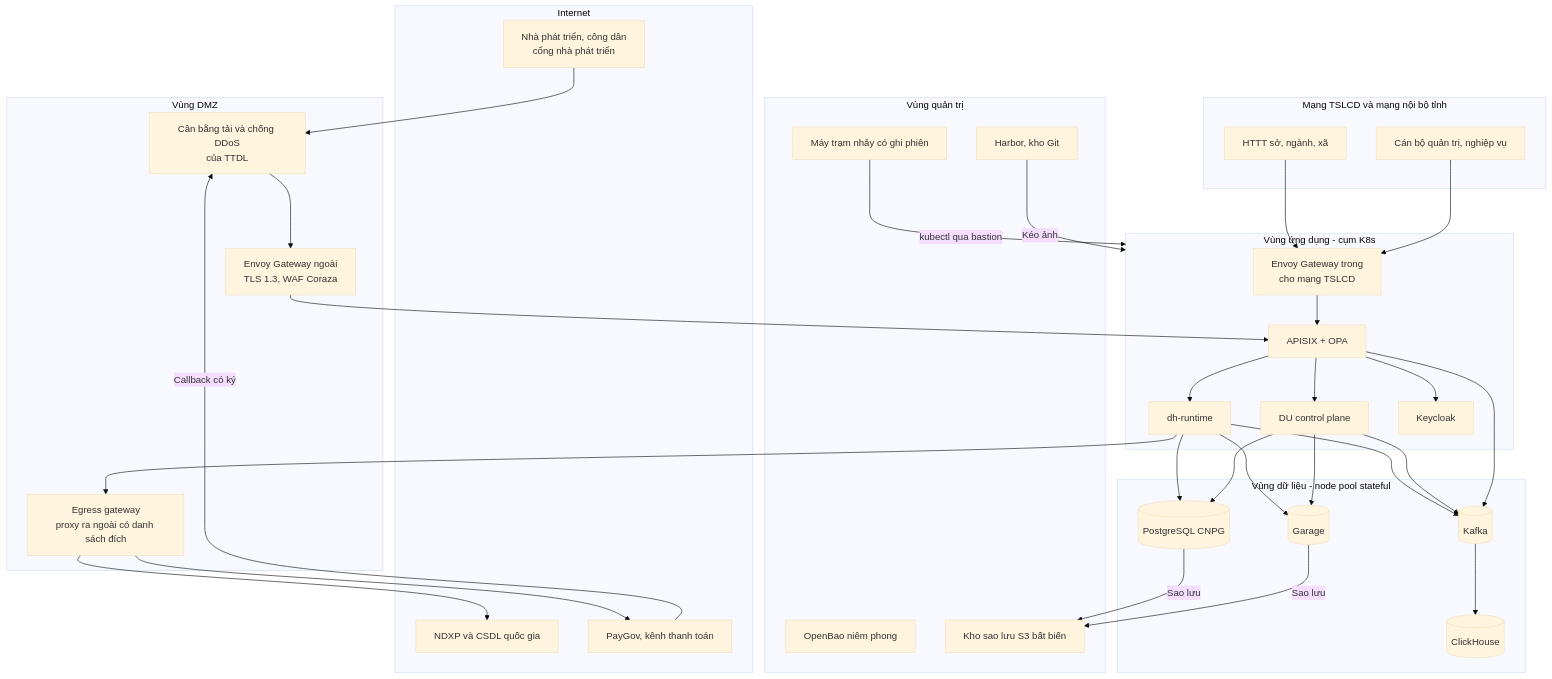
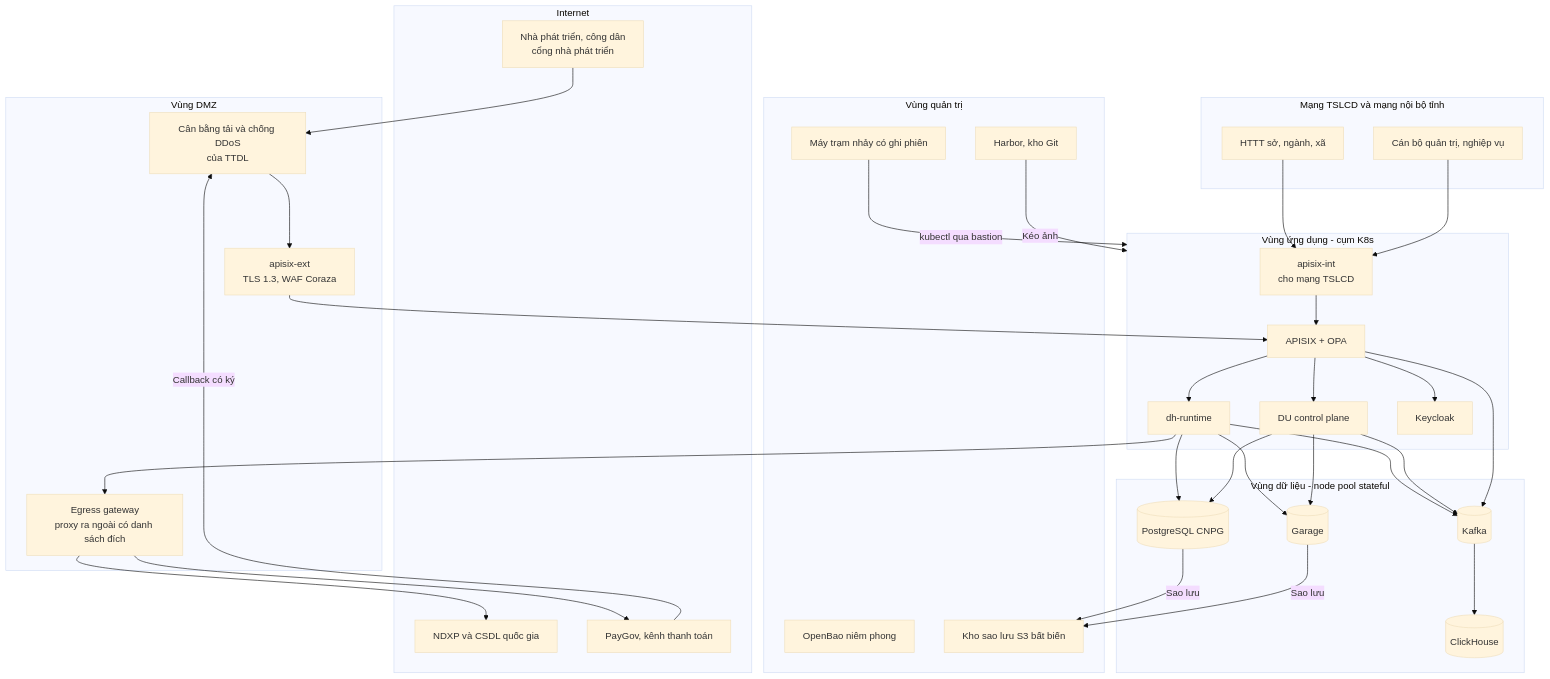
The first of 3 diagrams in datahub-docs/03-thiet-ke/ha-tang/D03-09-ha-tang-trien-khai-dr.md (caprocute/DATAHUB), drawn with Mermaid (base theme) before and after one commit. The commit also changed other lines of this file and 7 other files, not shown here.

First line of the commit message:
docs(datahub-docs): lớp biên dùng APISIX + Coraza (ADR-033 bản 0.2); ghi các câu hỏi đã chốt 25/11

````diff
--- a/datahub-docs/03-thiet-ke/ha-tang/D03-09-ha-tang-trien-khai-dr.md
+++ b/datahub-docs/03-thiet-ke/ha-tang/D03-09-ha-tang-trien-khai-dr.md
@@ -150,47 +150,47 @@
 ```mermaid
 flowchart TB
   subgraph INET["Internet"]
     DEV["Nhà phát triển, công dân<br/>cổng nhà phát triển"]
     NDXP["NDXP và CSDL quốc gia"]
     PAY["PayGov, kênh thanh toán"]
   end
   subgraph TSLCD["Mạng TSLCD và mạng nội bộ tỉnh"]
     HTTT["HTTT sở, ngành, xã"]
     CB["Cán bộ quản trị, nghiệp vụ"]
   end
   subgraph DMZ["Vùng DMZ"]
     LB1["Cân bằng tải và chống DDoS<br/>của TTDL"]
-    EGI["Envoy Gateway ngoài<br/>TLS 1.3, WAF Coraza"]
+    EGI["apisix-ext<br/>TLS 1.3, WAF Coraza"]
     EGR["Egress gateway<br/>proxy ra ngoài có danh sách đích"]
   end
   subgraph APP["Vùng ứng dụng - cụm K8s"]
-    EGN["Envoy Gateway trong<br/>cho mạng TSLCD"]
+    EGN["apisix-int<br/>cho mạng TSLCD"]
     GW["APISIX + OPA"]
     RT["dh-runtime"]
     CPD["DU control plane"]
     KC["Keycloak"]
   end
   subgraph DATA["Vùng dữ liệu - node pool stateful"]
     PG[("PostgreSQL CNPG")]
     KF[("Kafka")]
     S3[("Garage")]
     CH[("ClickHouse")]
   end
   subgraph MGMT["Vùng quản trị"]
     BAS["Máy trạm nhảy có ghi phiên"]
     HAR["Harbor, kho Git"]
     SEAL["OpenBao niêm phong"]
     BK["Kho sao lưu S3 bất biến"]
   end
   DEV --> LB1 --> EGI --> GW
   HTTT --> EGN --> GW
   CB --> EGN
   GW --> RT & CPD & KC
   RT & CPD --> PG & KF & S3
   GW --> KF --> CH
   RT --> EGR --> NDXP & PAY
   PAY -->|Callback có ký| LB1
   BAS -->|kubectl qua bastion| APP
   HAR -->|Kéo ảnh| APP
   PG & S3 -->|Sao lưu| BK
 ```
````
